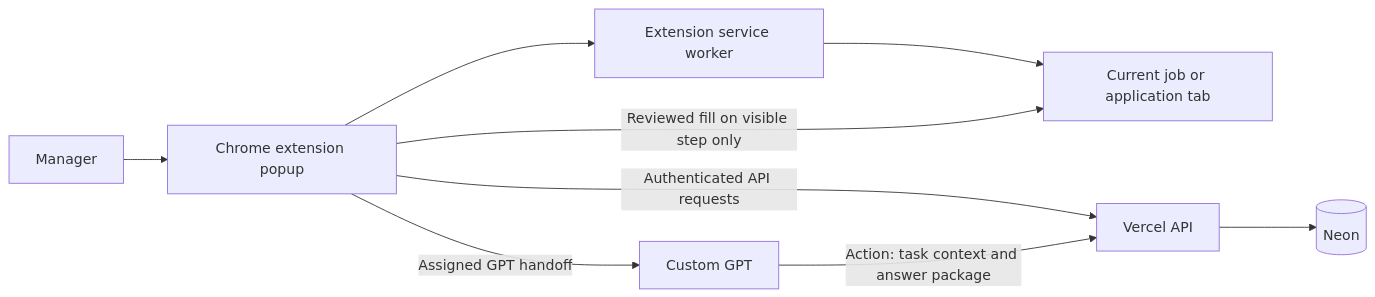
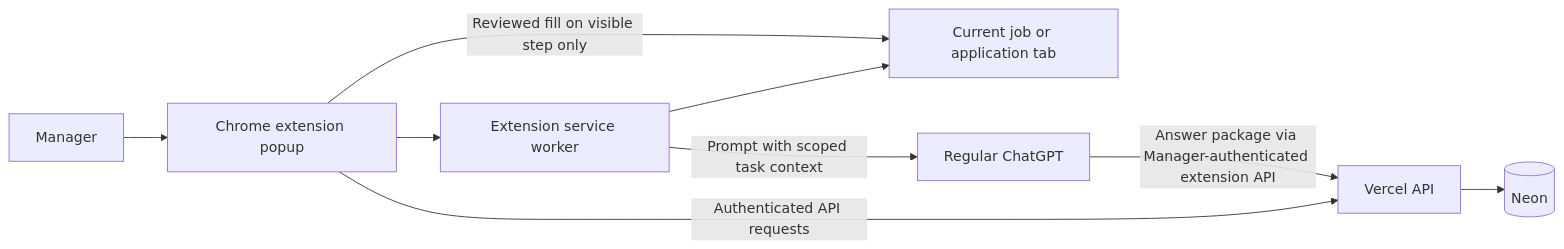
One commit to passion-programmar/qts-start-up-repository-job-tracking changed the second of 8 diagrams in docs/PROJECT-FEATURES-AND-FLOW.md. Above: the diagram before and after it, drawn with Mermaid. The commit also changed other lines of this file and 9 other files, not shown here.

Commit message:
Replace Scanner Custom GPT with ChatGPT

````diff
--- a/docs/PROJECT-FEATURES-AND-FLOW.md
+++ b/docs/PROJECT-FEATURES-AND-FLOW.md
@@ -61,11 +61,11 @@
 ```mermaid
 flowchart LR
     Manager[Manager] --> Popup[Chrome extension popup]
     Popup --> Worker[Extension service worker]
     Worker --> Page[Current job or application tab]
     Popup -->|Authenticated API requests| API[Vercel API]
     API --> DB[(Neon)]
-    Popup -->|Assigned GPT handoff| GPT[Custom GPT]
-    GPT -->|Action: task context and answer package| API
+    Worker -->|Prompt with scoped task context| GPT[Regular ChatGPT]
+    GPT -->|Answer package via Manager-authenticated extension API| API
     Popup -->|Reviewed fill on visible step only| Page
 ```
````
